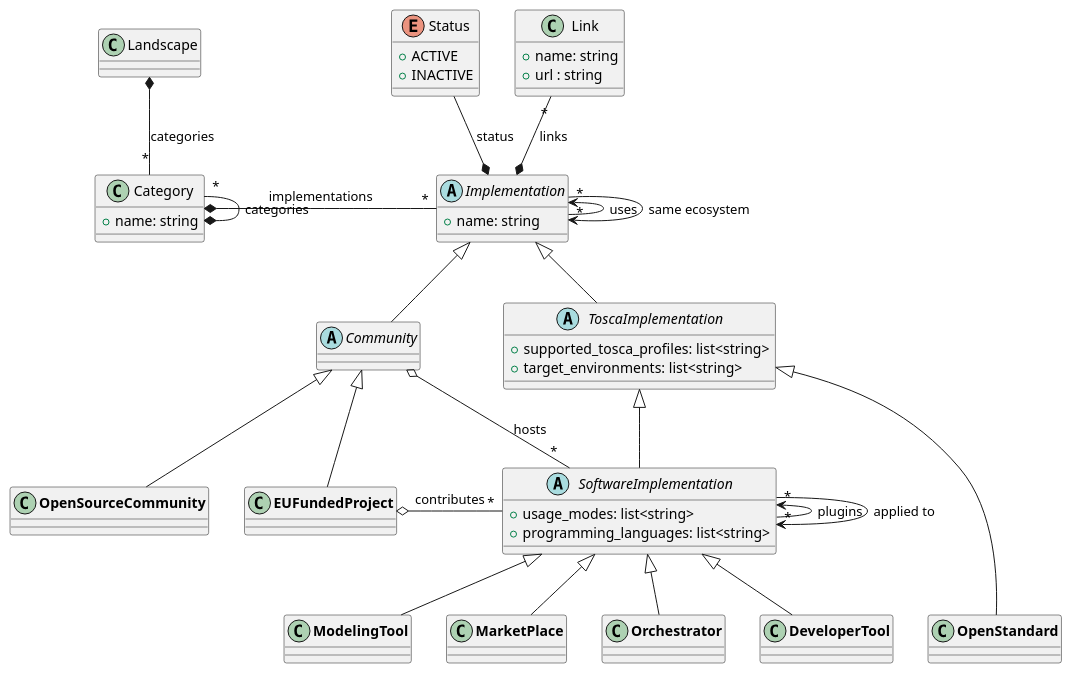
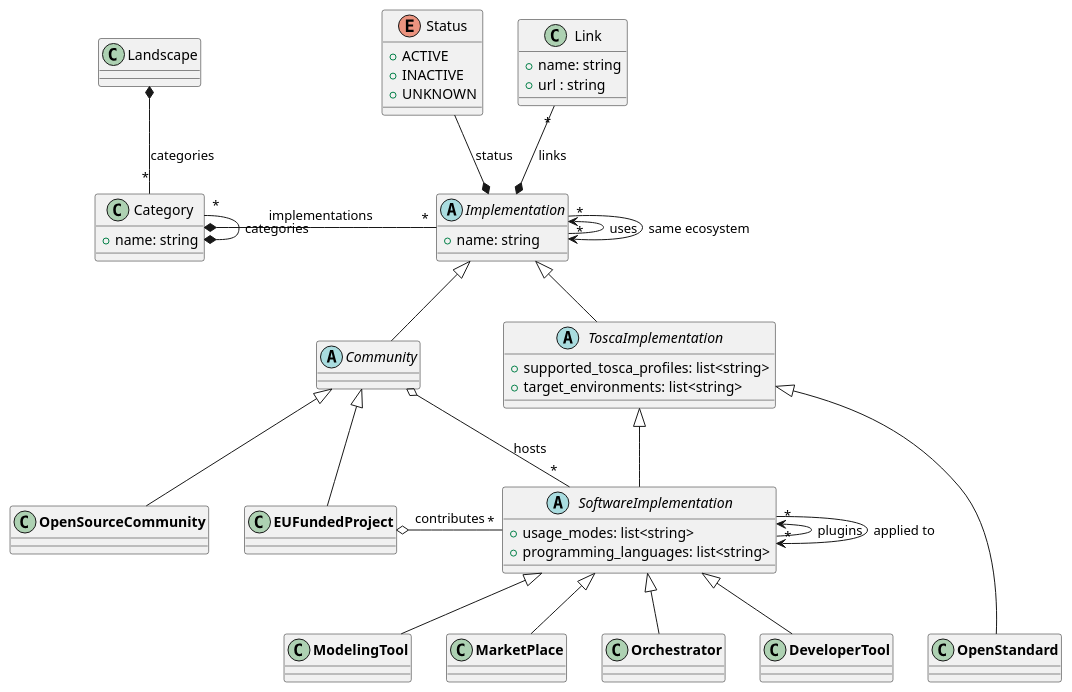
One commit to philippemerle/tosca-implementation-landscape changed the diagram in metamodel.puml. Above: the diagram before and after it, drawn with PlantUML. The commit also changed 2 other files, not shown here.

Commit message:
Added UNKNOWN to the metamodel, related to https://github.com/philippemerle/tosca-implementation-landscape/issues/7

```diff
--- a/metamodel.puml
+++ b/metamodel.puml
@@ -1,71 +1,72 @@
 @startuml
 
 class Landscape {}
 
 class Category {
   +name: string
 }
 
 enum Status {
   +ACTIVE
   +INACTIVE
+  +UNKNOWN
 }
 
 class Link {
   +name: string
   +url : string
 }
 
 abstract class Implementation {
   +name: string
 }
 
 abstract class Community extends Implementation {
 }
 
 class **EUFundedProject** extends Community {
 }
 
 class **OpenSourceCommunity** extends Community {
 }
 
 abstract class ToscaImplementation extends Implementation {
   +supported_tosca_profiles: list<string>
   +target_environments: list<string>
 }
 
 class **OpenStandard** extends ToscaImplementation {
 }
 
 abstract class SoftwareImplementation extends ToscaImplementation {
   +usage_modes: list<string>
   +programming_languages: list<string>
 }
 
 class **ModelingTool** extends SoftwareImplementation {
 }
 
 class **MarketPlace** extends SoftwareImplementation {
 }
 
 class **Orchestrator** extends SoftwareImplementation {
 }
 
 class **DeveloperTool** extends SoftwareImplementation {
 }
 
 Landscape *-- "*" Category : categories
 Category *- "*" Implementation : implementations
 Category *-up- "*" Category : categories
 Implementation *-up- Status : status
 Implementation *-up- "*" Link : links
 "**EUFundedProject**" o-right- "*" SoftwareImplementation : contributes
 Community o-right- "*" SoftwareImplementation : hosts
 Implementation -up-> "*" Implementation : uses
 Implementation --> "*" Implementation : same ecosystem
 SoftwareImplementation -up-> "*" SoftwareImplementation : plugins
 SoftwareImplementation --> "*" SoftwareImplementation : applied to
 
 "**DeveloperTool**" -[hidden] "**OpenStandard**"
 
 @end
```
